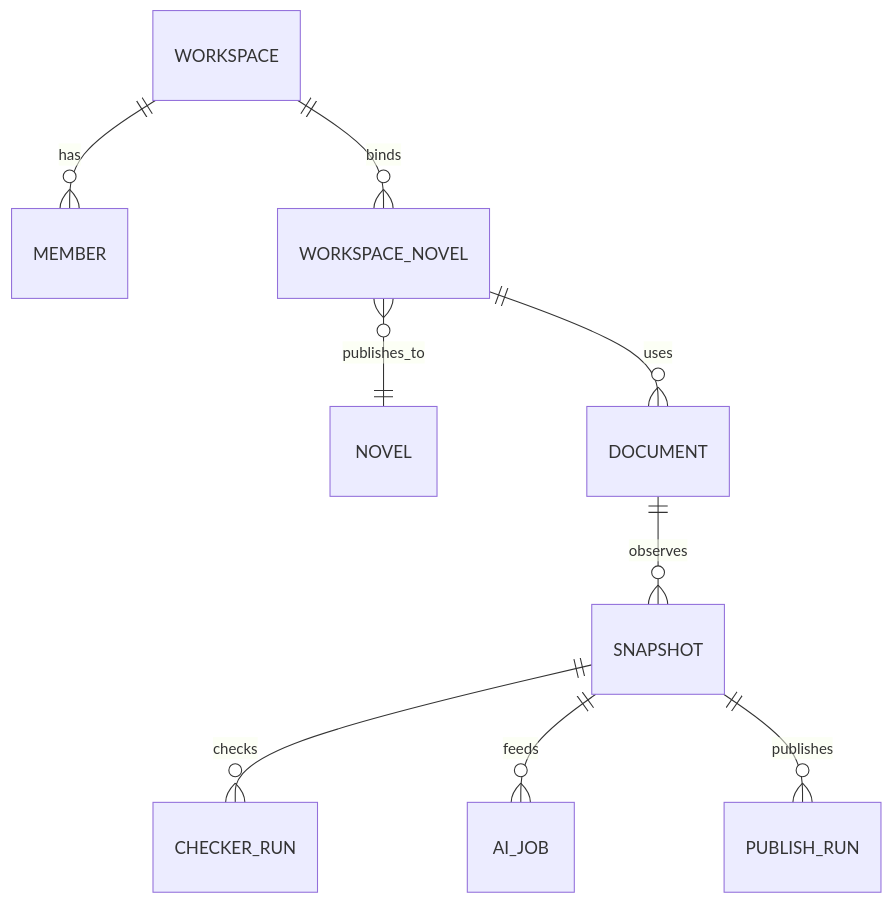
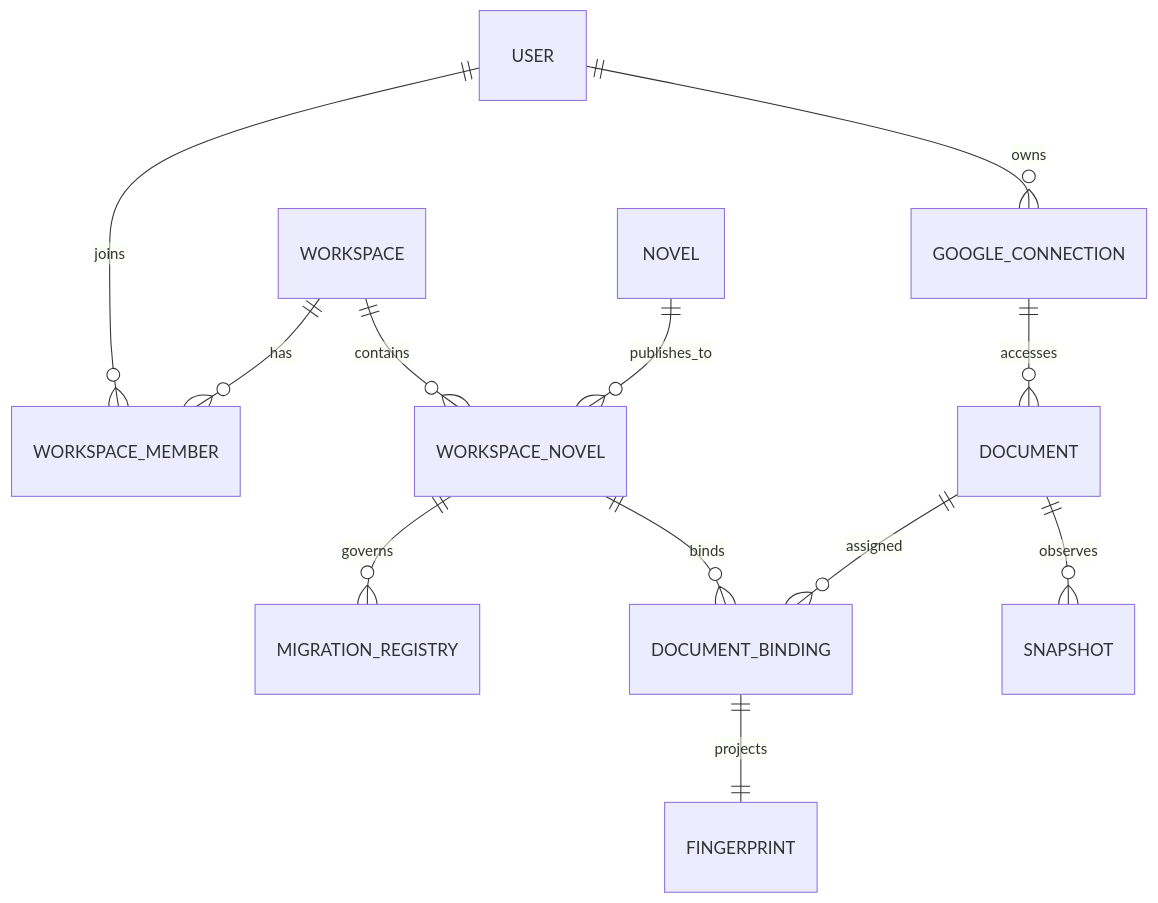
The first of 3 diagrams in docs/workspace/data-model.md (pattaramet-tech/ipenovel), drawn with Mermaid before and after one commit. The commit also changed other lines of this file and 1 other file, not shown here.

Commit message:
docs(workspace): close M00 review gaps

````diff
--- a/docs/workspace/data-model.md
+++ b/docs/workspace/data-model.md
@@ -5,11 +7,14 @@
 ```mermaid
 erDiagram
-  WORKSPACE ||--o{ MEMBER : has
-  WORKSPACE ||--o{ WORKSPACE_NOVEL : binds
-  WORKSPACE_NOVEL }o--|| NOVEL : publishes_to
-  WORKSPACE_NOVEL ||--o{ DOCUMENT : uses
+  USER ||--o{ WORKSPACE_MEMBER : joins
+  USER ||--o{ GOOGLE_CONNECTION : owns
+  WORKSPACE ||--o{ WORKSPACE_MEMBER : has
+  WORKSPACE ||--o{ WORKSPACE_NOVEL : contains
+  NOVEL ||--o{ WORKSPACE_NOVEL : publishes_to
+  WORKSPACE_NOVEL ||--o{ MIGRATION_REGISTRY : governs
+  GOOGLE_CONNECTION ||--o{ DOCUMENT : accesses
+  WORKSPACE_NOVEL ||--o{ DOCUMENT_BINDING : binds
+  DOCUMENT ||--o{ DOCUMENT_BINDING : assigned
   DOCUMENT ||--o{ SNAPSHOT : observes
-  SNAPSHOT ||--o{ CHECKER_RUN : checks
-  SNAPSHOT ||--o{ AI_JOB : feeds
-  SNAPSHOT ||--o{ PUBLISH_RUN : publishes
+  DOCUMENT_BINDING ||--|| FINGERPRINT : projects
 ```
````
